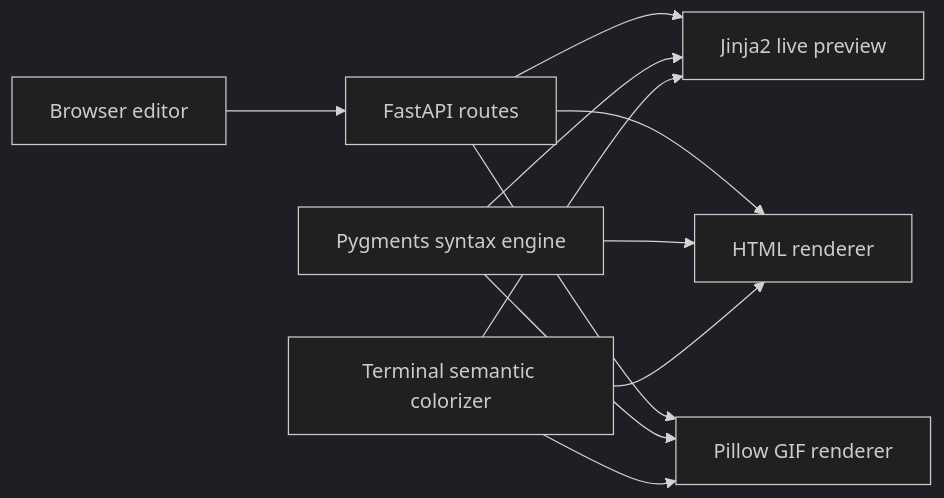
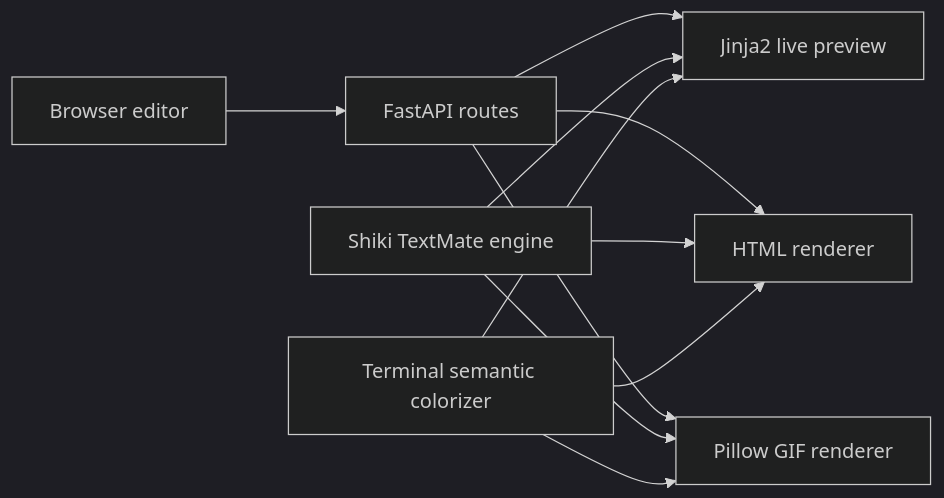
Before and after one commit to BlackCobra29-bit/Code-Typer-Studio: the diagram in README.md, drawn with Mermaid (dark theme). The commit also changed other lines of this file and 25 other files, not shown here.

````diff
--- a/README.md
+++ b/README.md
@@ -57,13 +57,13 @@
 ```mermaid
 flowchart LR
     A["Browser editor"] --> B["FastAPI routes"]
     B --> C["Jinja2 live preview"]
     B --> D["HTML renderer"]
     B --> E["Pillow GIF renderer"]
-    F["Pygments syntax engine"] --> C
+    F["Shiki TextMate engine"] --> C
     F --> D
     F --> E
     G["Terminal semantic colorizer"] --> C
     G --> D
     G --> E
 ```
````
